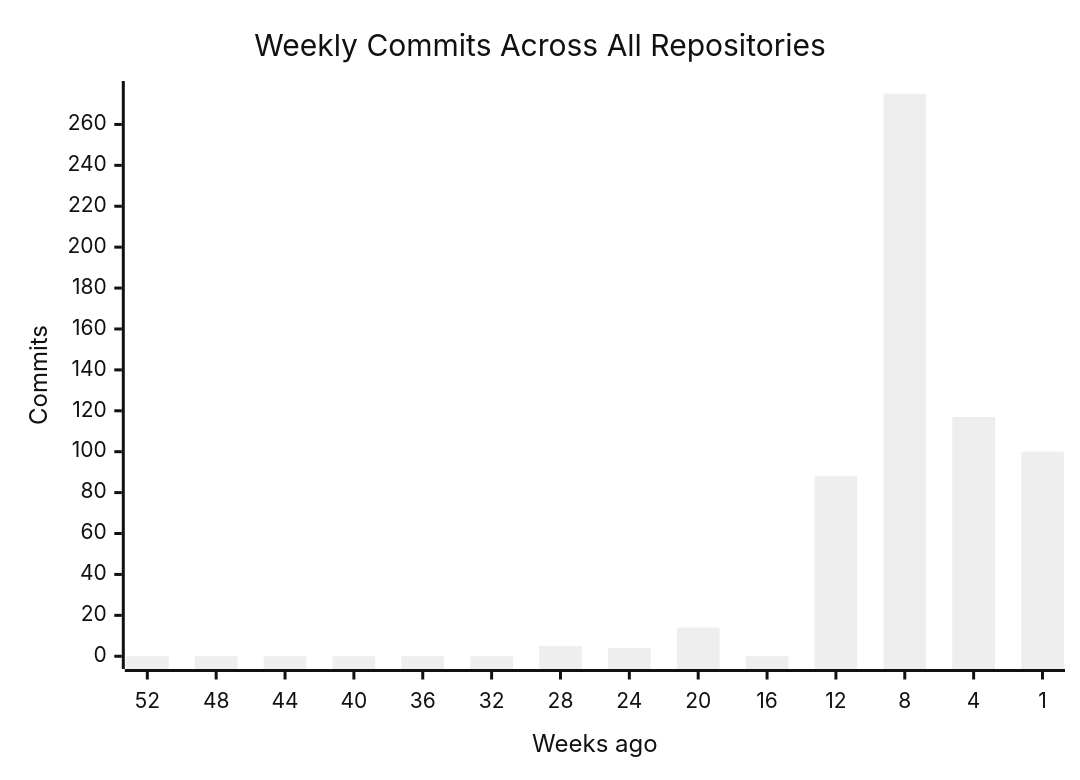
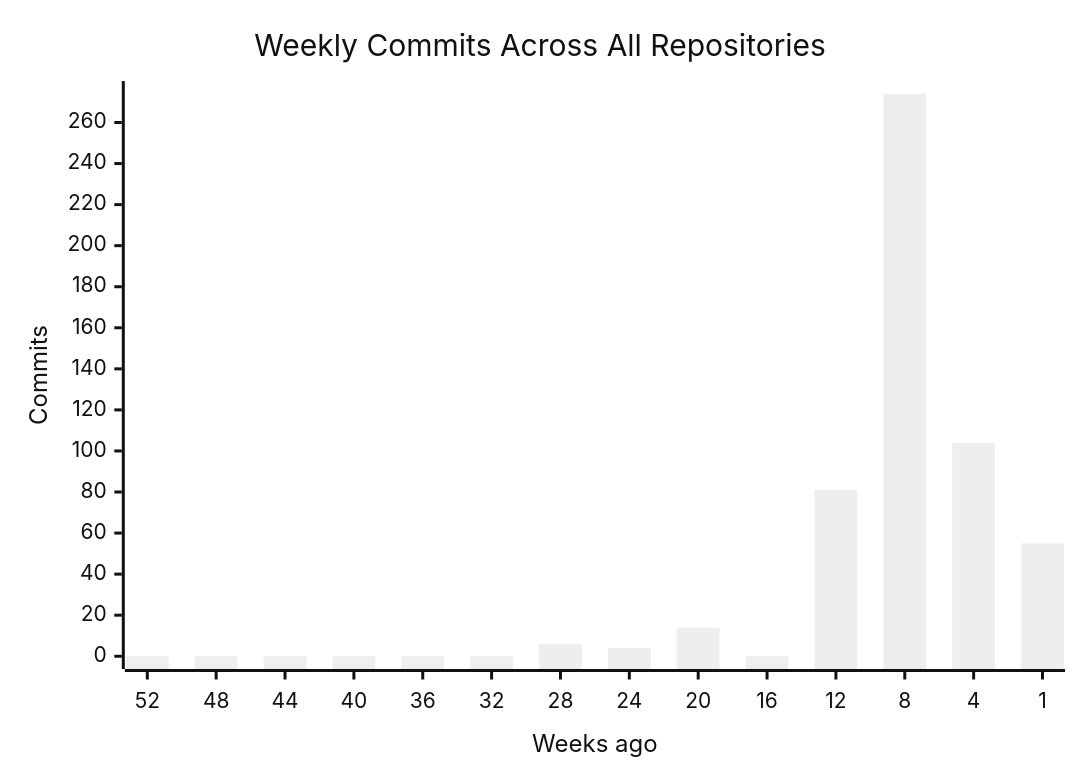
Before and after one commit to CSTH-Projects/.github: the first of 4 diagrams in profile/README.md, drawn with Mermaid (neutral theme). The commit also changed other lines of this file, not shown here.

````diff
--- a/profile/README.md
+++ b/profile/README.md
@@ -16,7 +16,7 @@
 ```mermaid
 xychart-beta
     title "Weekly Commits Across All Repositories"
     x-axis "Weeks ago" [52, 48, 44, 40, 36, 32, 28, 24, 20, 16, 12, 8, 4, 1]
     y-axis "Commits"
-    bar [0, 0, 0, 0, 0, 0, 5, 4, 14, 0, 88, 275, 117, 100]
+    bar [0, 0, 0, 0, 0, 0, 6, 4, 14, 0, 81, 274, 104, 55]
 ```
````
